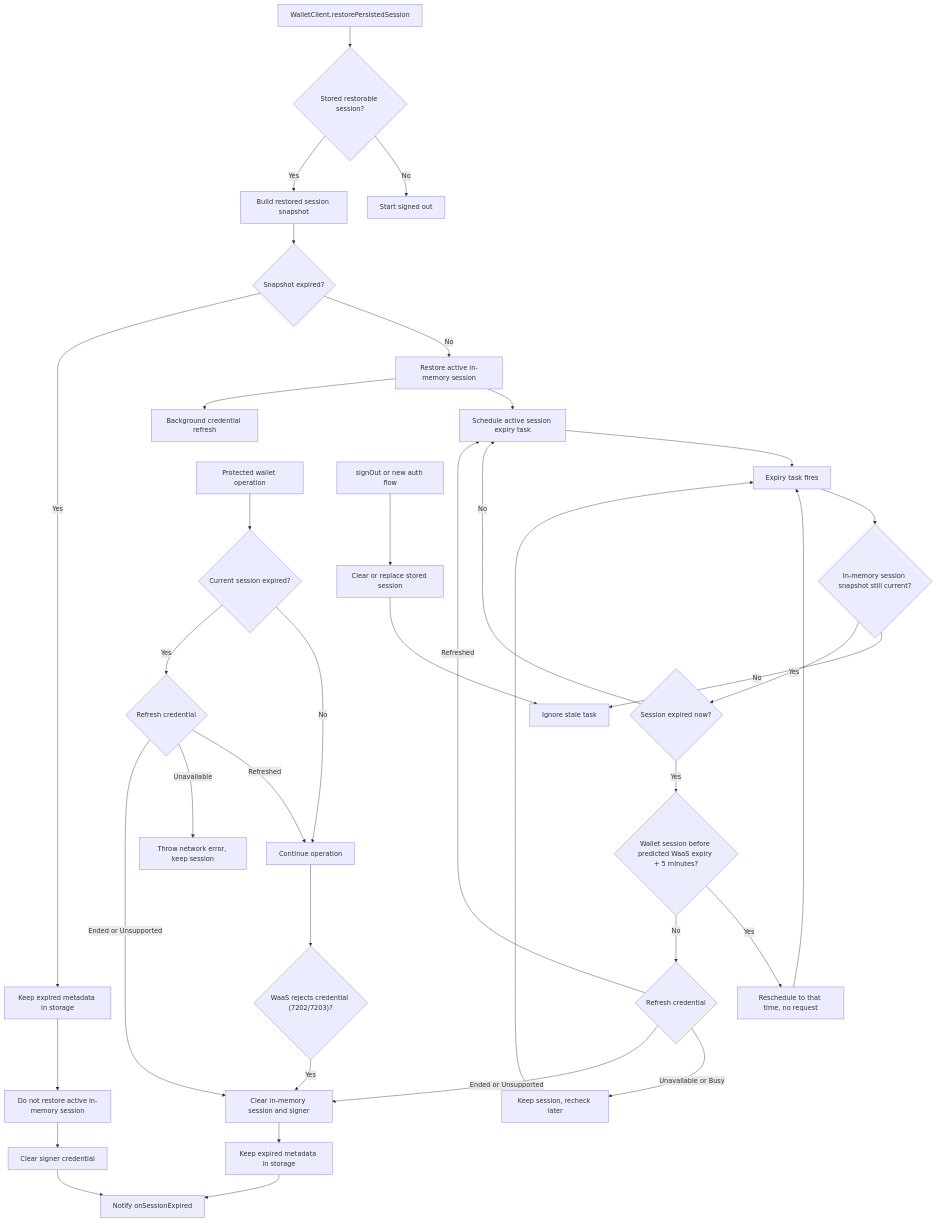
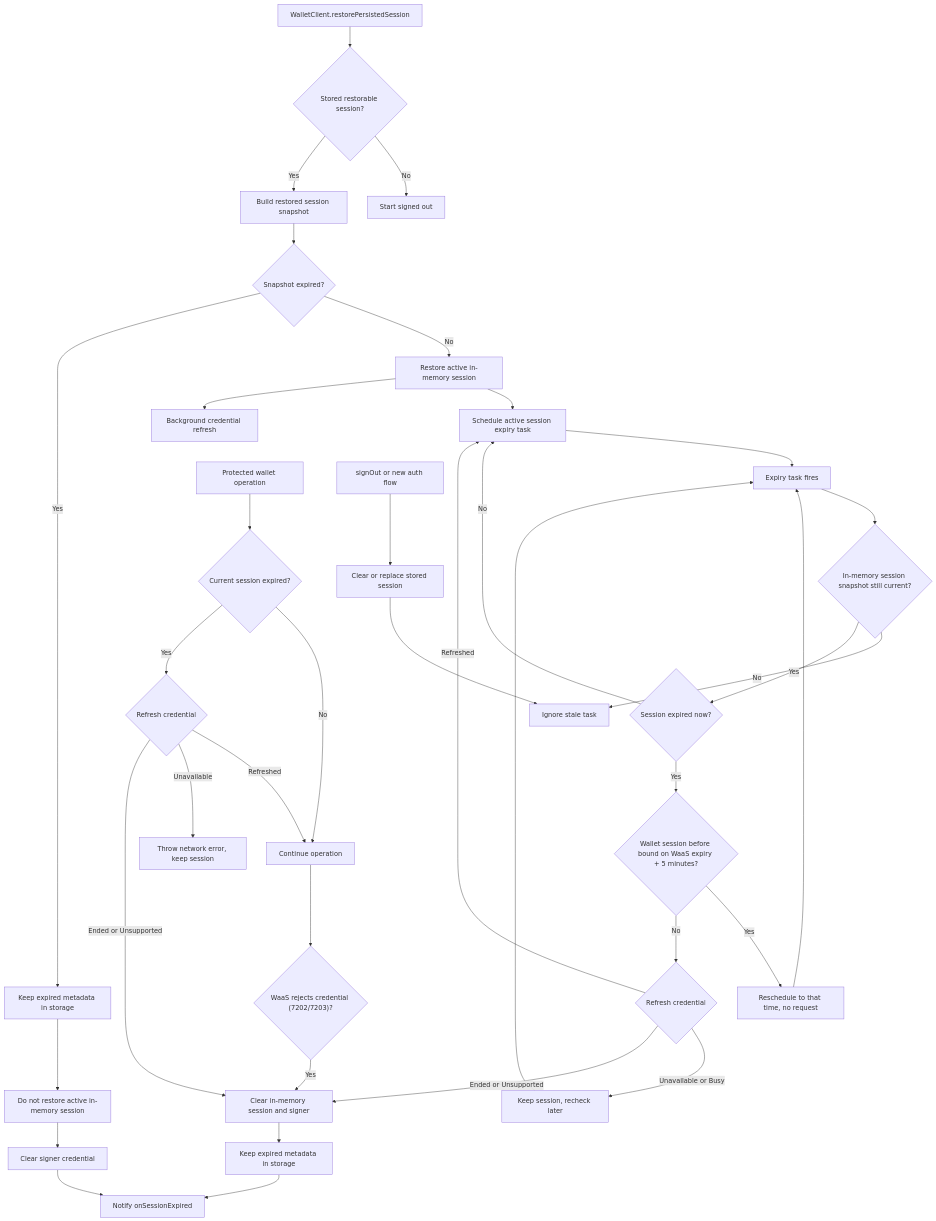
Before and after one commit to 0xsequence/kotlin-sdk: the diagram in docs/session-expiry-flow.md, drawn with Mermaid. The commit also changed other lines of this file and 12 other files, not shown here.

First line of the commit message:
fix(session): bound idle expiry checks from sign-in and harden refresh and Execute errors

````diff
--- a/docs/session-expiry-flow.md
+++ b/docs/session-expiry-flow.md
@@ -89,45 +130,45 @@
 ```mermaid
 flowchart TD
   A["WalletClient.restorePersistedSession"] --> B{"Stored restorable session?"}
   B -- "No" --> C["Start signed out"]
 
   B -- "Yes" --> D["Build restored session snapshot"]
   D --> E{"Snapshot expired?"}
 
   E -- "No" --> F["Restore active in-memory session"]
   F --> G["Schedule active session expiry task"]
   F --> R0["Background credential refresh"]
 
   E -- "Yes" --> H["Keep expired metadata in storage"]
   H --> I["Do not restore active in-memory session"]
   I --> J["Clear signer credential"]
   J --> K["Notify onSessionExpired"]
 
   G --> L["Expiry task fires"]
   L --> M{"In-memory session snapshot still current?"}
   M -- "No" --> N["Ignore stale task"]
   M -- "Yes" --> O{"Session expired now?"}
   O -- "No" --> G
-  O -- "Yes" --> IW{"Wallet session before predicted WaaS expiry + 5 minutes?"}
+  O -- "Yes" --> IW{"Wallet session before bound on WaaS expiry + 5 minutes?"}
   IW -- "Yes" --> IR["Reschedule to that time, no request"]
   IR --> L
   IW -- "No" --> RF{"Refresh credential"}
   RF -- "Refreshed" --> G
   RF -- "Unavailable or Busy" --> RT["Keep session, recheck later"]
   RT --> L
   RF -- "Ended or Unsupported" --> P["Clear in-memory session and signer"]
   P --> Q["Keep expired metadata in storage"]
   Q --> K
 
   S0["Protected wallet operation"] --> S{"Current session expired?"}
   S -- "No" --> T["Continue operation"]
   S -- "Yes" --> RO{"Refresh credential"}
   RO -- "Refreshed" --> T
   RO -- "Unavailable" --> X["Throw network error, keep session"]
   RO -- "Ended or Unsupported" --> P
   T --> W{"WaaS rejects credential (7202/7203)?"}
   W -- "Yes" --> P
 
   U["signOut or new auth flow"] --> V["Clear or replace stored session"]
   V --> N
 ```
````
